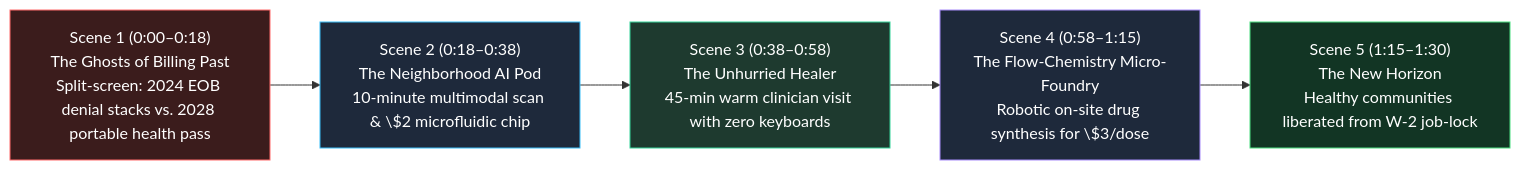
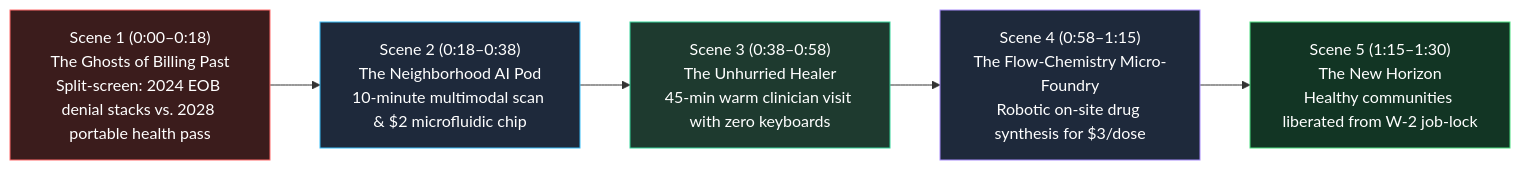
Before and after one commit to d-10-g/OneOfMany: the diagram in vision-shorter-02-social/02-healthcare-and-insurance-leapfrog/STORYBOARD.md, drawn with Mermaid. The commit also changed 23 other files, not shown here.

Commit message:
Fix Mermaid multi-subgraph blank-line parsing and KaTeX dollar escaping across all 85 pathways

````diff
--- a/vision-shorter-02-social/02-healthcare-and-insurance-leapfrog/STORYBOARD.md
+++ b/vision-shorter-02-social/02-healthcare-and-insurance-leapfrog/STORYBOARD.md
@@ -10,13 +10,13 @@
 ```mermaid
 flowchart LR
-    S1["Scene 1 (0:00–0:18)\nThe Ghosts of Billing Past\nSplit-screen: 2024 EOB denial stacks vs. 2028 portable health pass"] --> S2["Scene 2 (0:18–0:38)\nThe Neighborhood AI Pod\n10-minute multimodal scan & \$2 microfluidic chip"]
-    S2 --> S3["Scene 3 (0:38–0:58)\nThe Unhurried Healer\n45-min warm clinician visit with zero keyboards"]
-    S3 --> S4["Scene 4 (0:58–1:15)\nThe Flow-Chemistry Micro-Foundry\nRobotic on-site drug synthesis for \$3/dose"]
-    S4 --> S5["Scene 5 (1:15–1:30)\nThe New Horizon\nHealthy communities liberated from W-2 job-lock"]
+    S1["Scene 1 (0:00–0:18)<br/>The Ghosts of Billing Past<br/>Split-screen: 2024 EOB denial stacks vs. 2028 portable health pass"] --> S2["Scene 2 (0:18–0:38)<br/>The Neighborhood AI Pod<br/>10-minute multimodal scan & $2 microfluidic chip"]
+    S2 --> S3["Scene 3 (0:38–0:58)<br/>The Unhurried Healer<br/>45-min warm clinician visit with zero keyboards"]
+    S3 --> S4["Scene 4 (0:58–1:15)<br/>The Flow-Chemistry Micro-Foundry<br/>Robotic on-site drug synthesis for $3/dose"]
+    S4 --> S5["Scene 5 (1:15–1:30)<br/>The New Horizon<br/>Healthy communities liberated from W-2 job-lock"]
 
     style S1 fill:#3b1c1c,stroke:#ff6b6b,color:#ffffff
     style S2 fill:#1e293b,stroke:#38bdf8,color:#ffffff
     style S3 fill:#1e3a2f,stroke:#34d399,color:#ffffff
     style S4 fill:#1e293b,stroke:#a78bfa,color:#ffffff
     style S5 fill:#123524,stroke:#4ade80,color:#ffffff
 ```
````
